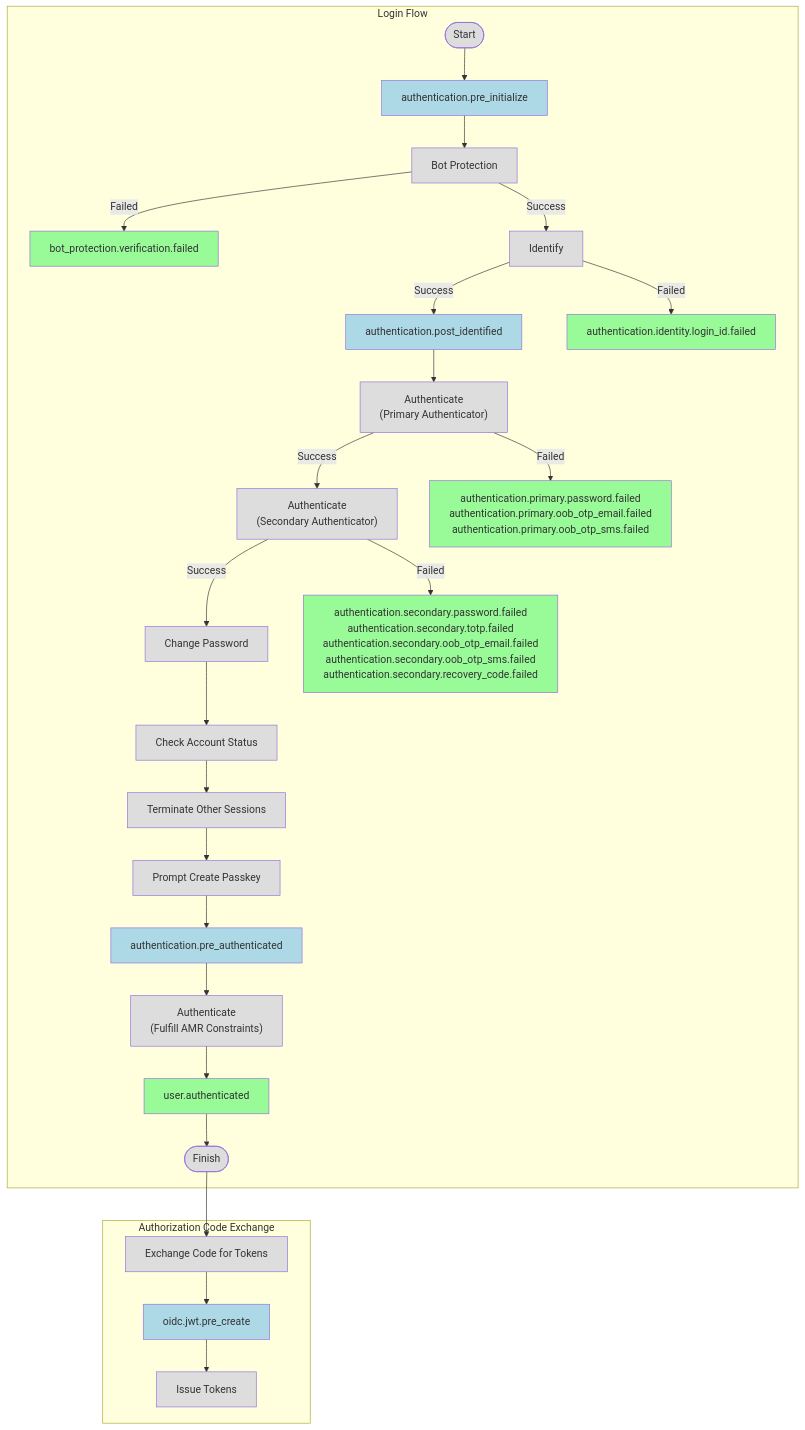
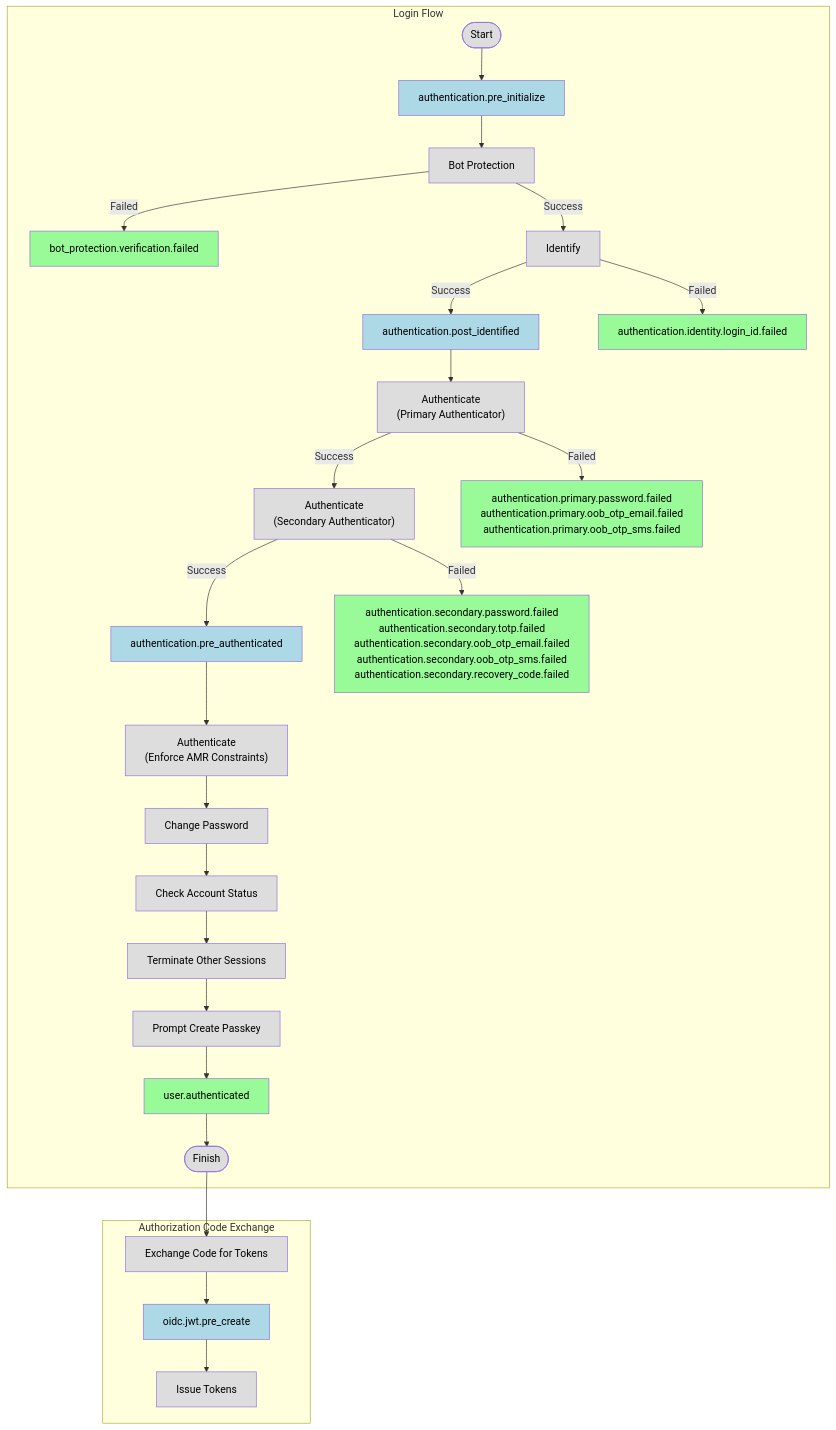
The third of 3 diagrams in docs/specs/event.md (authgear/authgear-server), drawn with Mermaid before and after one commit. The commit also changed other lines of this file and 1 other file, not shown here.

Commit message:
Document new step type trigger_event and enforce_constraints_amr

````diff
--- a/docs/specs/event.md
+++ b/docs/specs/event.md
@@ -981,43 +1033,43 @@
 ```mermaid
 flowchart TD
     subgraph "Login Flow"
         Start([Start])
         Start --> AuthenticationPreInitialize[authentication.pre_initialize]
         AuthenticationPreInitialize --> BotProtection[Bot Protection]
         BotProtection -- "Failed" --> BotProtectionVerificationFailed[bot_protection.verification.failed]
         BotProtection -- "Success" --> Identify[Identify]
         Identify -- "Success" --> AuthenticationPostIdentified[authentication.post_identified]
         Identify -- "Failed" --> AuthenticationIdentityLoginIDFailed[authentication.identity.login_id.failed]
 
         AuthenticationPostIdentified --> AuthenticatePrimary["Authenticate<br>(Primary Authenticator)"]
 
         AuthenticatePrimary -- "Success" --> AuthenticateSecondary["Authenticate<br>(Secondary Authenticator)"]
         AuthenticatePrimary -- "Failed" --> PrimaryAuthFailed["authentication.primary.password.failed<br>authentication.primary.oob_otp_email.failed<br>authentication.primary.oob_otp_sms.failed"]:::event
 
-        AuthenticateSecondary -- "Success" --> ChangePassword[Change Password]
+        AuthenticateSecondary -- "Success" --> AuthenticationPreAuthenticated[authentication.pre_authenticated]
         AuthenticateSecondary -- "Failed" --> SecondaryAuthFailed["authentication.secondary.password.failed<br>authentication.secondary.totp.failed<br>authentication.secondary.oob_otp_email.failed<br>authentication.secondary.oob_otp_sms.failed<br>authentication.secondary.recovery_code.failed"]:::event
 
+        AuthenticationPreAuthenticated --> AuthenticateAdaptive["Authenticate<br>(Enforce AMR Constraints)"]
+        AuthenticateAdaptive --> ChangePassword[Change Password]
         ChangePassword --> CheckAccountStatus[Check Account Status]
         CheckAccountStatus --> TerminateOtherSessions[Terminate Other Sessions]
         TerminateOtherSessions --> PromptCreatePasskey[Prompt Create Passkey]
-        PromptCreatePasskey --> AuthenticationPreAuthenticated[authentication.pre_authenticated]
-        AuthenticationPreAuthenticated --> AuthenticateAdaptive["Authenticate<br>(Fulfill AMR Constraints)"]
-        AuthenticateAdaptive --> UserAuthenticated[user.authenticated]
+        PromptCreatePasskey --> UserAuthenticated[user.authenticated]
         UserAuthenticated --> FinishLogin([Finish])
     end
 
     subgraph "Authorization Code Exchange"
         ExchangeCode[Exchange Code for Tokens]
         ExchangeCode --> OIDCJWTPreCreate[oidc.jwt.pre_create]
         OIDCJWTPreCreate --> IssueTokens[Issue Tokens]
     end
 
     FinishLogin --> ExchangeCode
 
-    classDef event fill:#98FB98
-    classDef blockingEvent fill:#ADD8E6
-    classDef processNode fill:#dddddd
+    classDef event fill:#98FB98,color:#000000
+    classDef blockingEvent fill:#ADD8E6,color:#000000
+    classDef processNode fill:#dddddd,color:#000000
     class BotProtectionVerificationFailed,AuthenticationIdentityLoginIDFailed,PrimaryAuthFailed,SecondaryAuthFailed,UserAuthenticated event
     class AuthenticationPreInitialize,AuthenticationPostIdentified,AuthenticationPreAuthenticated,OIDCJWTPreCreate blockingEvent
     class Start,BotProtection,Identify,AuthenticatePrimary,AuthenticateSecondary,ChangePassword,CheckAccountStatus,TerminateOtherSessions,PromptCreatePasskey,AuthenticateAdaptive,ExchangeCode,IssueTokens,FinishLogin processNode
 ```
````
